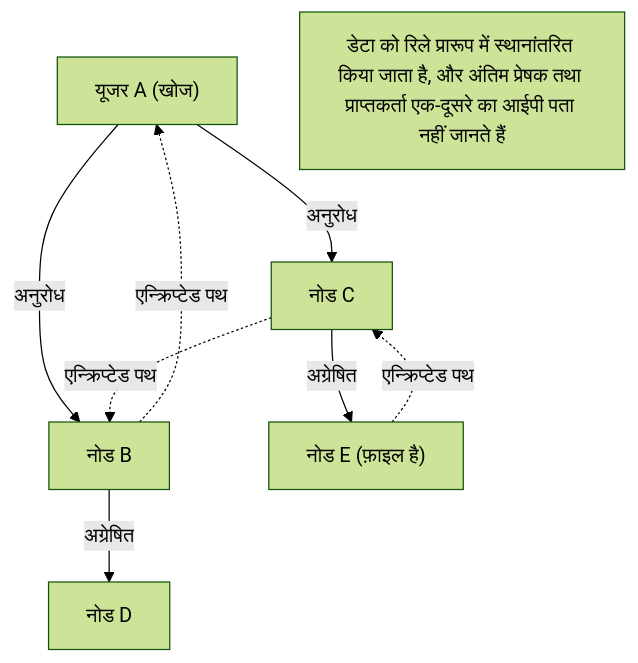
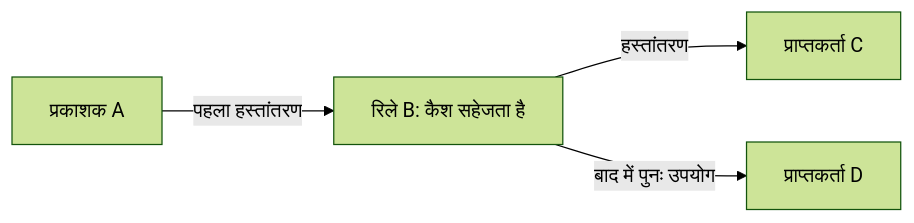
The second of 2 diagrams in content/post/history-of-winny/index.hi.md (kenjinote/blog), drawn with Mermaid (forest theme) before and after one commit. The commit also changed other lines of this file and 13 other files, not shown here.

````diff
--- a/content/post/history-of-winny/index.hi.md
+++ b/content/post/history-of-winny/index.hi.md
@@ -52,11 +64,6 @@
 ```mermaid
-graph TD
-    NodeA["यूजर A (खोज)"] -->|"अनुरोध"| NodeB["नोड B"]
-    NodeA -->|"अनुरोध"| NodeC["नोड C"]
-    NodeB -->|"अग्रेषित"| NodeD["नोड D"]
-    NodeC -->|"अग्रेषित"| NodeE["नोड E (फ़ाइल है)"]
-    NodeE -.->|"एन्क्रिप्टेड पथ"| NodeC
-    NodeC -.->|"एन्क्रिप्टेड पथ"| NodeB
-    NodeB -.->|"एन्क्रिप्टेड पथ"| NodeA
-    Note["डेटा को रिले प्रारूप में स्थानांतरित किया जाता है, और अंतिम प्रेषक तथा प्राप्तकर्ता एक-दूसरे का आईपी पता नहीं जानते हैं"]
+flowchart LR
+    A["प्रकाशक A"] -->|"पहला हस्तांतरण"| B["रिले B: कैश सहेजता है"]
+    B -->|"हस्तांतरण"| C["प्राप्तकर्ता C"]
+    B -->|"बाद में पुनः उपयोग"| D["प्राप्तकर्ता D"]
 ```
````
